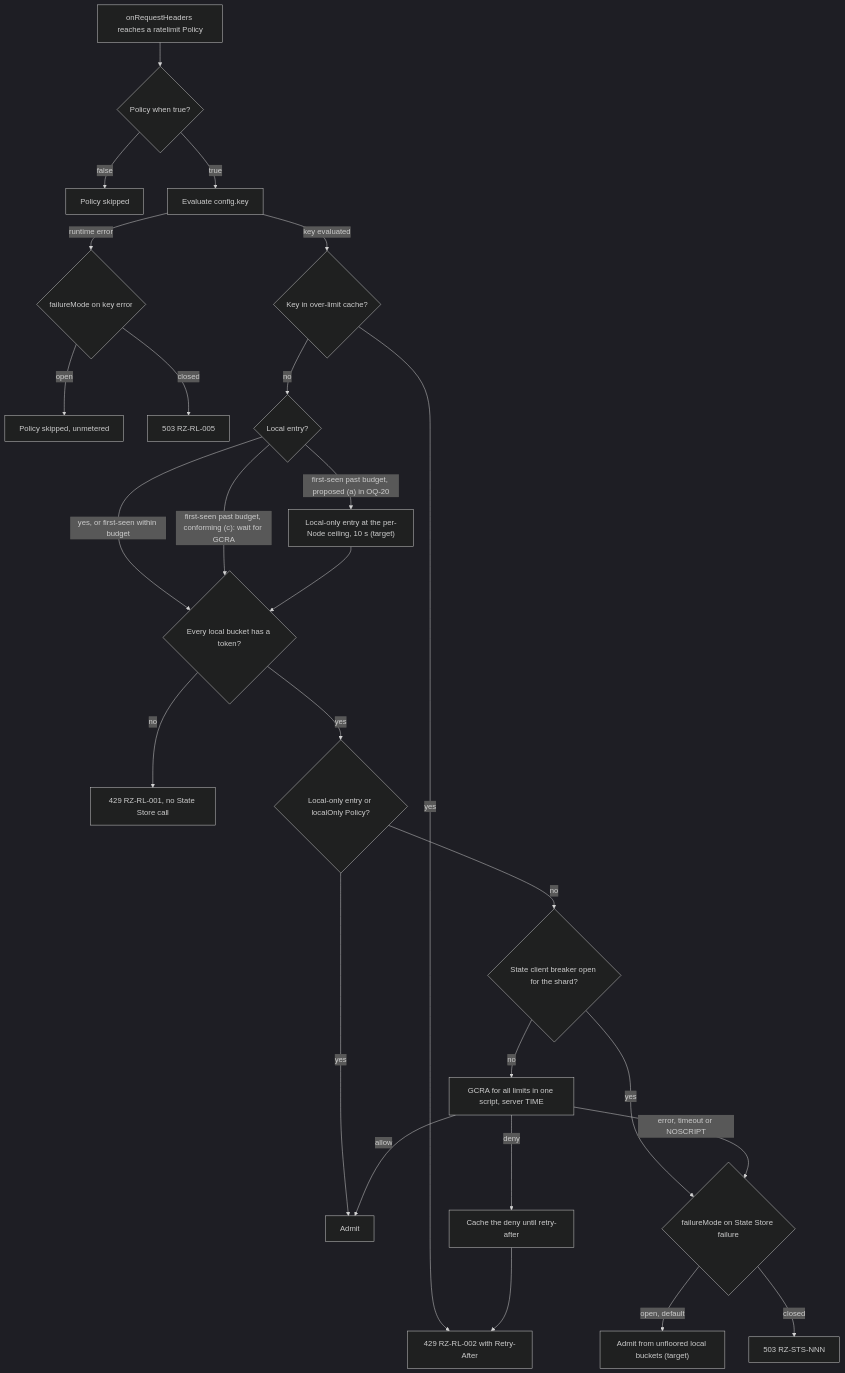
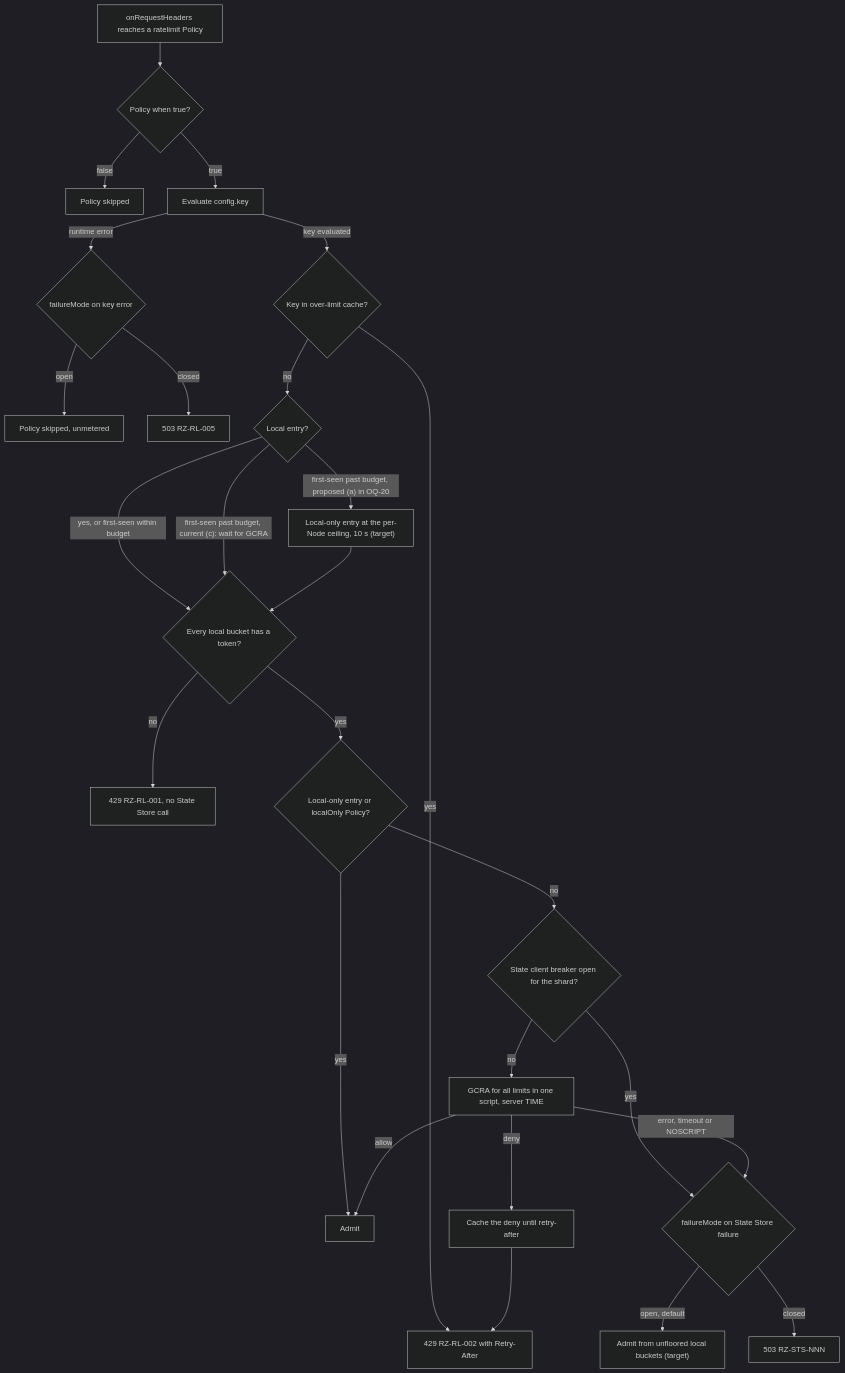
One commit to ravindu-rev/ruralz changed the third of 4 diagrams in docs/architecture/09-traffic-management-and-resilience.md. Above: the diagram before and after it, drawn with Mermaid (dark theme). The commit also changed other lines of this file and 57 other files, not shown here.

````diff
--- a/docs/architecture/09-traffic-management-and-resilience.md
+++ b/docs/architecture/09-traffic-management-and-resilience.md
@@ -231,28 +216,28 @@
 ```mermaid
 flowchart TD
     req["onRequestHeaders reaches a ratelimit Policy"] --> when{"Policy when true?"}
     when -- "false" --> skip["Policy skipped"]
     when -- "true" --> key["Evaluate config.key"]
     key -- "runtime error" --> kfm{"failureMode on key error"}
     kfm -- "open" --> kskip["Policy skipped, unmetered"]
     kfm -- "closed" --> r503k["503 RZ-RL-005"]
     key -- "key evaluated" --> olc{"Key in over-limit cache?"}
     olc -- "yes" --> deny2["429 RZ-RL-002 with Retry-After"]
     olc -- "no" --> nk{"Local entry?"}
     nk -- "yes, or first-seen within budget" --> lb{"Every local bucket has a token?"}
-    nk -- "first-seen past budget, conforming (c): wait for GCRA" --> lb
+    nk -- "first-seen past budget, current (c): wait for GCRA" --> lb
     nk -- "first-seen past budget, proposed (a) in OQ-20" --> local["Local-only entry at the per-Node ceiling, 10 s (target)"]
     local --> lb
     lb -- "no" --> deny1["429 RZ-RL-001, no State Store call"]
     lb -- "yes" --> lo{"Local-only entry or localOnly Policy?"}
     lo -- "yes" --> ok["Admit"]
     lo -- "no" --> brk{"State client breaker open for the shard?"}
     brk -- "yes" --> fm{"failureMode on State Store failure"}
     brk -- "no" --> gcra["GCRA for all limits in one script, server TIME"]
     gcra -- "allow" --> ok
     gcra -- "deny" --> cache["Cache the deny until retry-after"]
     cache --> deny2
     gcra -- "error, timeout or NOSCRIPT" --> fm
     fm -- "open, default" --> admit["Admit from unfloored local buckets (target)"]
     fm -- "closed" --> r503["503 RZ-STS-NNN"]
 ```
````
